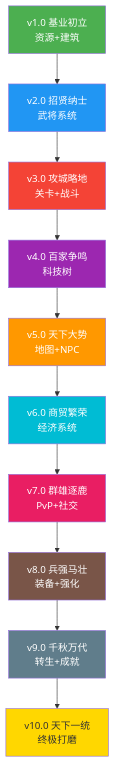
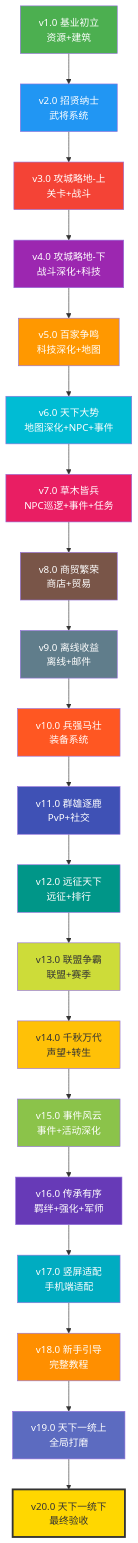
Before and after one commit to CodeRudder/game-portal: the first of 2 diagrams in docs/games/three-kingdoms/plans/00-VERSION-ROADMAP.md, drawn with Mermaid. The commit also changed other lines of this file and 32 other files, not shown here.

````diff
--- a/docs/games/three-kingdoms/plans/00-VERSION-ROADMAP.md
+++ b/docs/games/three-kingdoms/plans/00-VERSION-ROADMAP.md
@@ -47,23 +81,43 @@
 ```mermaid
 graph TD
     V1[v1.0 基业初立<br/>资源+建筑] --> V2[v2.0 招贤纳士<br/>武将系统]
-    V2 --> V3[v3.0 攻城略地<br/>关卡+战斗]
-    V3 --> V4[v4.0 百家争鸣<br/>科技树]
-    V4 --> V5[v5.0 天下大势<br/>地图+NPC]
-    V5 --> V6[v6.0 商贸繁荣<br/>经济系统]
-    V6 --> V7[v7.0 群雄逐鹿<br/>PvP+社交]
-    V7 --> V8[v8.0 兵强马壮<br/>装备+强化]
-    V8 --> V9[v9.0 千秋万代<br/>转生+成就]
-    V9 --> V10[v10.0 天下一统<br/>终极打磨]
-    
+    V2 --> V3[v3.0 攻城略地-上<br/>关卡+战斗]
+    V3 --> V4[v4.0 攻城略地-下<br/>战斗深化+科技]
+    V4 --> V5[v5.0 百家争鸣<br/>科技深化+地图]
+    V5 --> V6[v6.0 天下大势<br/>地图深化+NPC+事件]
+    V6 --> V7[v7.0 草木皆兵<br/>NPC巡逻+事件+任务]
+    V7 --> V8[v8.0 商贸繁荣<br/>商店+贸易]
+    V8 --> V9[v9.0 离线收益<br/>离线+邮件]
+    V9 --> V10[v10.0 兵强马壮<br/>装备系统]
+    V10 --> V11[v11.0 群雄逐鹿<br/>PvP+社交]
+    V11 --> V12[v12.0 远征天下<br/>远征+排行]
+    V12 --> V13[v13.0 联盟争霸<br/>联盟+赛季]
+    V13 --> V14[v14.0 千秋万代<br/>声望+转生]
+    V14 --> V15[v15.0 事件风云<br/>事件+活动深化]
+    V15 --> V16[v16.0 传承有序<br/>羁绊+强化+军师]
+    V16 --> V17[v17.0 竖屏适配<br/>手机端适配]
+    V17 --> V18[v18.0 新手引导<br/>完整教程]
+    V18 --> V19[v19.0 天下一统上<br/>全局打磨]
+    V19 --> V20[v20.0 天下一统下<br/>最终验收]
+
     style V1 fill:#4CAF50,color:#fff
     style V2 fill:#2196F3,color:#fff
     style V3 fill:#F44336,color:#fff
     style V4 fill:#9C27B0,color:#fff
     style V5 fill:#FF9800,color:#fff
     style V6 fill:#00BCD4,color:#fff
     style V7 fill:#E91E63,color:#fff
     style V8 fill:#795548,color:#fff
     style V9 fill:#607D8B,color:#fff
-    style V10 fill:#FFD700,color:#333
+    style V10 fill:#FF5722,color:#fff
+    style V11 fill:#3F51B5,color:#fff
+    style V12 fill:#009688,color:#fff
+    style V13 fill:#CDDC39,color:#333
+    style V14 fill:#FFC107,color:#333
+    style V15 fill:#8BC34A,color:#fff
+    style V16 fill:#673AB7,color:#fff
+    style V17 fill:#00ACC1,color:#fff
+    style V18 fill:#FF8F00,color:#fff
+    style V19 fill:#5C6BC0,color:#fff
+    style V20 fill:#FFD700,color:#333,stroke:#333,stroke-width:3px
 ```
````
